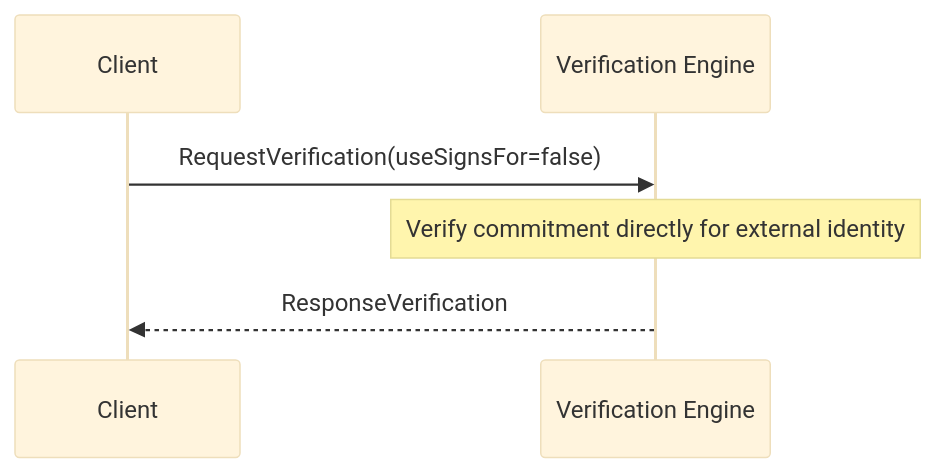
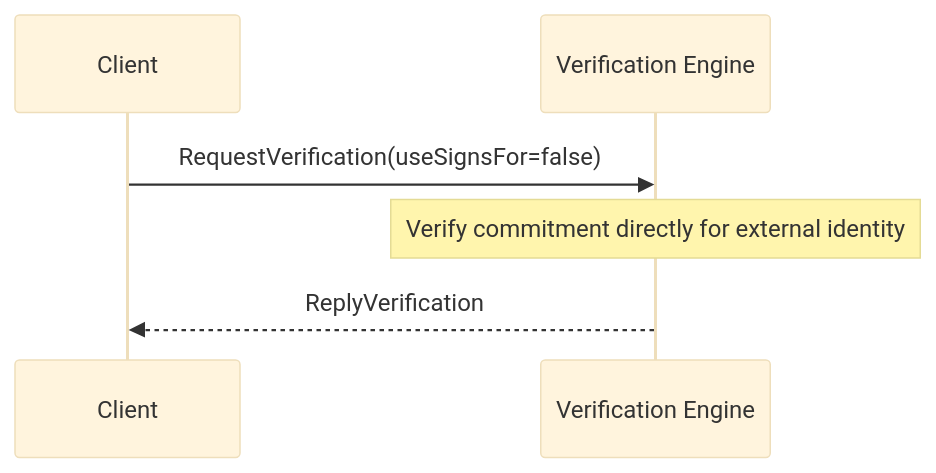
One commit to anoma/nspec changed the first of 2 diagrams in docs/arch/node/engines/verification_messages.juvix.md. Above: the diagram before and after it, drawn with Mermaid (base theme). The commit also changed other lines of this file and 37 other files, not shown here.

Commit message:
Renamed all instances of "Response" to "Reply" in message interfaces for consistency across commitment, decryption, identity management, and other engines.

````diff
--- a/docs/arch/node/engines/verification_messages.juvix.md
+++ b/docs/arch/node/engines/verification_messages.juvix.md
@@ -33,9 +35,9 @@
 ```mermaid
 sequenceDiagram
     participant C as Client
     participant VE as Verification Engine
 
     C->>VE: RequestVerification(useSignsFor=false)
     Note over VE: Verify commitment directly for external identity
-    VE-->>C: ResponseVerification
+    VE-->>C: ReplyVerification
 ```
````
